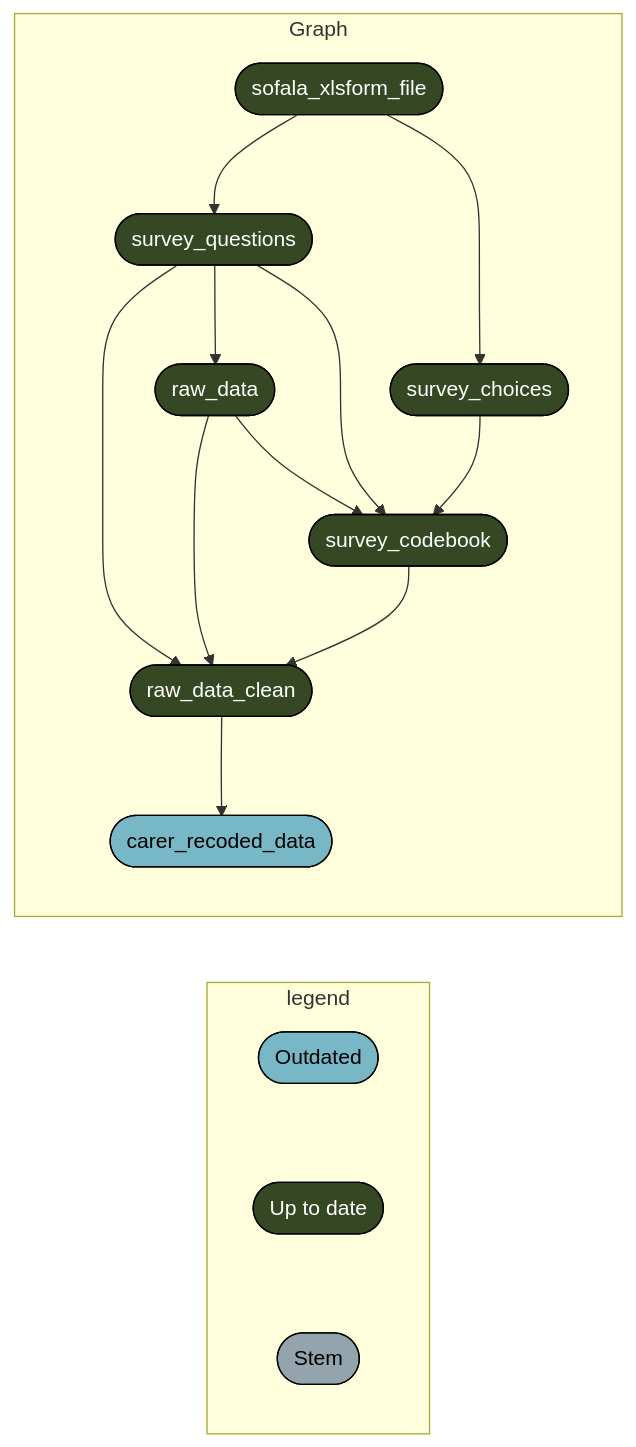
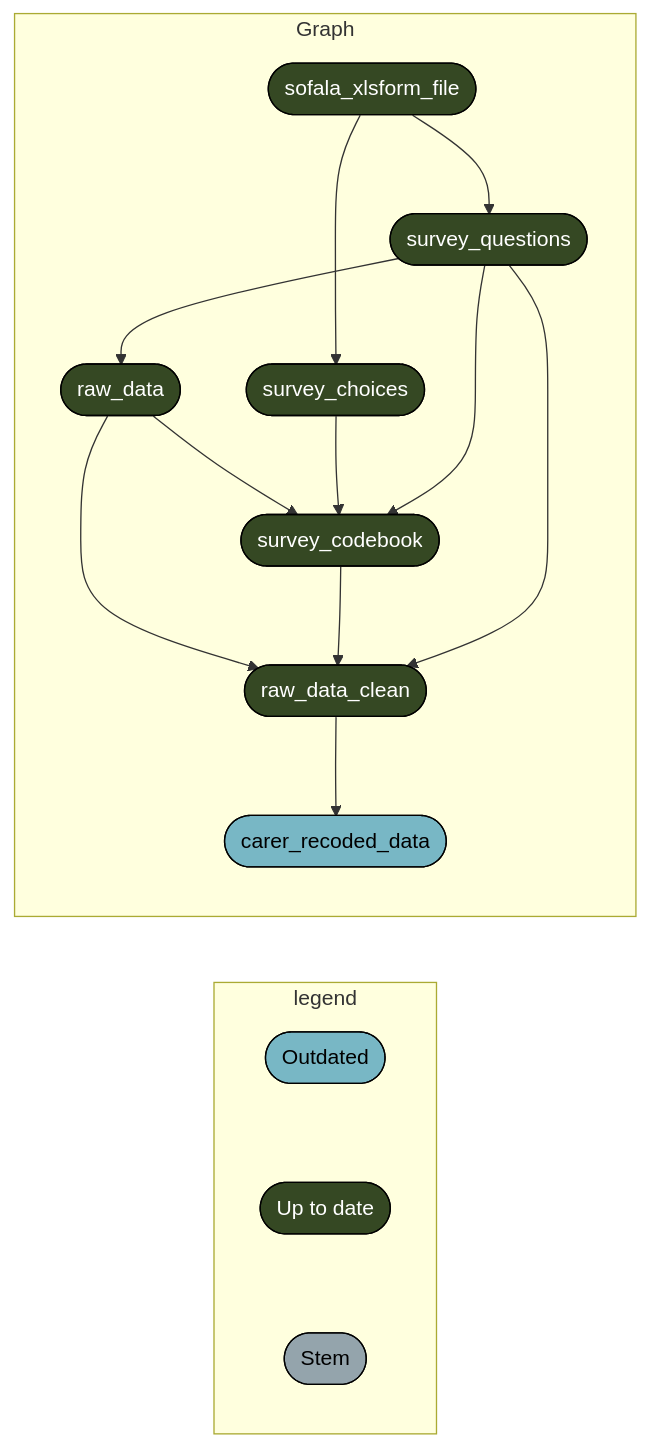
One commit to katilingban/mozambique-s3m changed the eighth of 15 diagrams in README.md. Above: the diagram before and after it, drawn with Mermaid. The commit also changed other lines of this file and 1 other file, not shown here.

````diff
--- a/README.md
+++ b/README.md
@@ -246,24 +251,24 @@
 ``` mermaid
 graph LR
   subgraph legend
     x0a52b03877696646([""Outdated""]):::outdated --- x7420bd9270f8d27d([""Up to date""]):::uptodate
     x7420bd9270f8d27d([""Up to date""]):::uptodate --- xbf4603d6c2c2ad6b([""Stem""]):::none
   end
   subgraph Graph
-    x136e4e85e6851637(["raw_data"]):::uptodate --> x09e58614f2343db8(["raw_data_clean"]):::uptodate
-    xfcfc1959dbba8ed3(["survey_codebook"]):::uptodate --> x09e58614f2343db8(["raw_data_clean"]):::uptodate
-    x0c65864d89dfd824(["survey_questions"]):::uptodate --> x09e58614f2343db8(["raw_data_clean"]):::uptodate
-    x0c65864d89dfd824(["survey_questions"]):::uptodate --> x136e4e85e6851637(["raw_data"]):::uptodate
+    x09e58614f2343db8(["raw_data_clean"]):::uptodate --> x742c27f76ddb40b7(["carer_recoded_data"]):::outdated
     x52eeb21c389d52d8(["sofala_xlsform_file"]):::uptodate --> x0c65864d89dfd824(["survey_questions"]):::uptodate
     x136e4e85e6851637(["raw_data"]):::uptodate --> xfcfc1959dbba8ed3(["survey_codebook"]):::uptodate
     x5aed27afbde18e19(["survey_choices"]):::uptodate --> xfcfc1959dbba8ed3(["survey_codebook"]):::uptodate
     x0c65864d89dfd824(["survey_questions"]):::uptodate --> xfcfc1959dbba8ed3(["survey_codebook"]):::uptodate
-    x09e58614f2343db8(["raw_data_clean"]):::uptodate --> x742c27f76ddb40b7(["carer_recoded_data"]):::outdated
+    x136e4e85e6851637(["raw_data"]):::uptodate --> x09e58614f2343db8(["raw_data_clean"]):::uptodate
+    xfcfc1959dbba8ed3(["survey_codebook"]):::uptodate --> x09e58614f2343db8(["raw_data_clean"]):::uptodate
+    x0c65864d89dfd824(["survey_questions"]):::uptodate --> x09e58614f2343db8(["raw_data_clean"]):::uptodate
     x52eeb21c389d52d8(["sofala_xlsform_file"]):::uptodate --> x5aed27afbde18e19(["survey_choices"]):::uptodate
+    x0c65864d89dfd824(["survey_questions"]):::uptodate --> x136e4e85e6851637(["raw_data"]):::uptodate
   end
   classDef outdated stroke:#000000,color:#000000,fill:#78B7C5;
   classDef uptodate stroke:#000000,color:#ffffff,fill:#354823;
   classDef none stroke:#000000,color:#000000,fill:#94a4ac;
   linkStyle 0 stroke-width:0px;
   linkStyle 1 stroke-width:0px;
 ```
````
